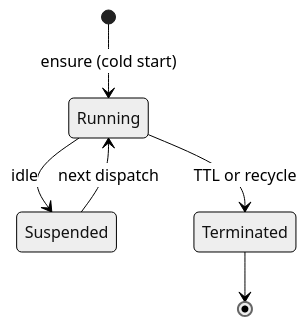
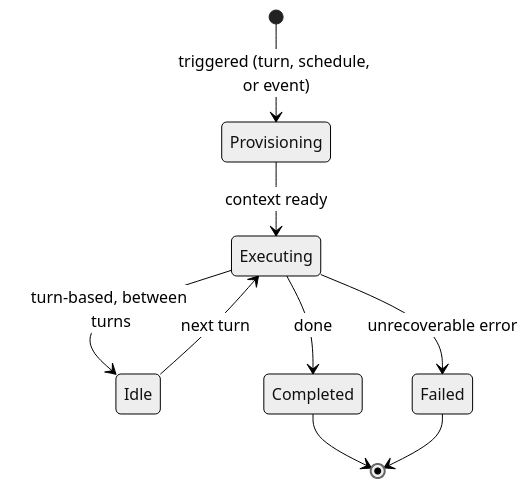
Before and after one commit to Solstice-Health/engineering-specs: the sixth of 7 diagrams in plans/SOL-2878-restate-agent-orchestration.md, drawn with Mermaid (neutral theme). The commit also changed other lines of this file, not shown here.

````diff
--- a/plans/SOL-2878-restate-agent-orchestration.md
+++ b/plans/SOL-2878-restate-agent-orchestration.md
@@ -99,8 +141,11 @@
 ```mermaid
 stateDiagram-v2
-    [*] --> Running: ensure (cold start)
-    Running --> Suspended: idle
-    Suspended --> Running: next dispatch
-    Running --> Terminated: TTL or recycle
-    Terminated --> [*]
+    [*] --> Provisioning: triggered (turn, schedule, or event)
+    Provisioning --> Executing: context ready
+    Executing --> Idle: turn-based, between turns
+    Idle --> Executing: next turn
+    Executing --> Completed: done
+    Executing --> Failed: unrecoverable error
+    Completed --> [*]
+    Failed --> [*]
 ```
````
